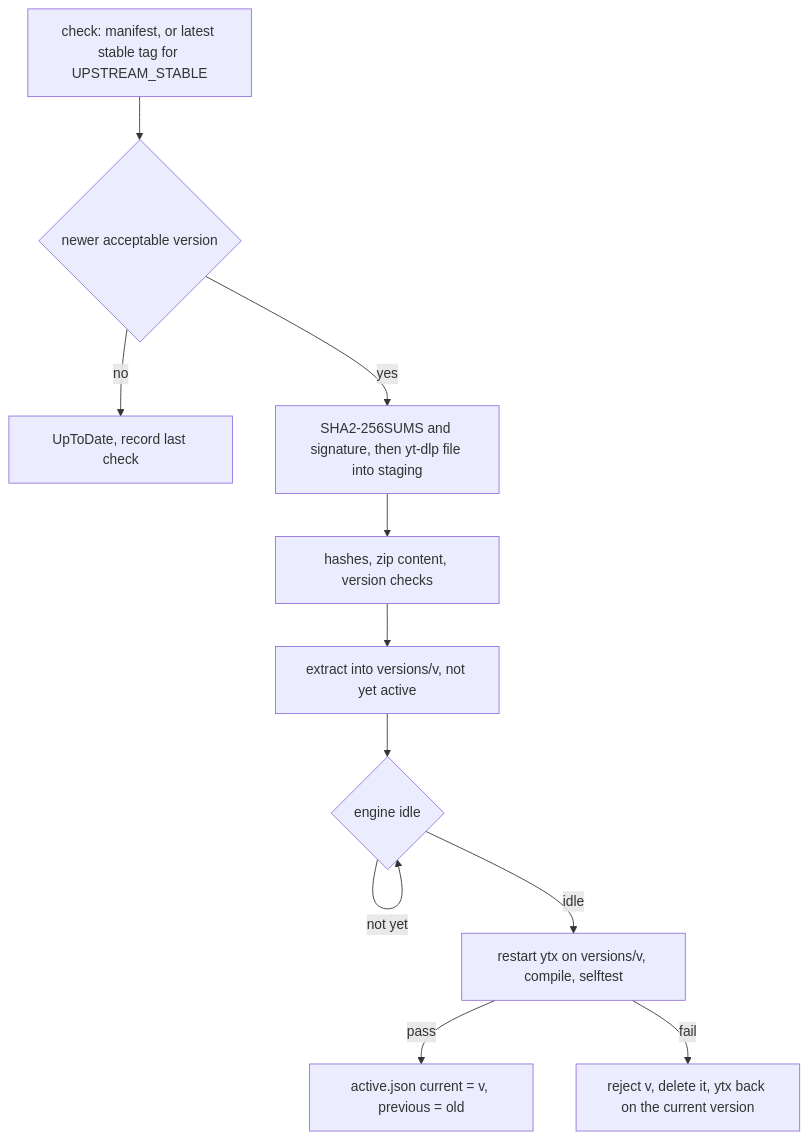
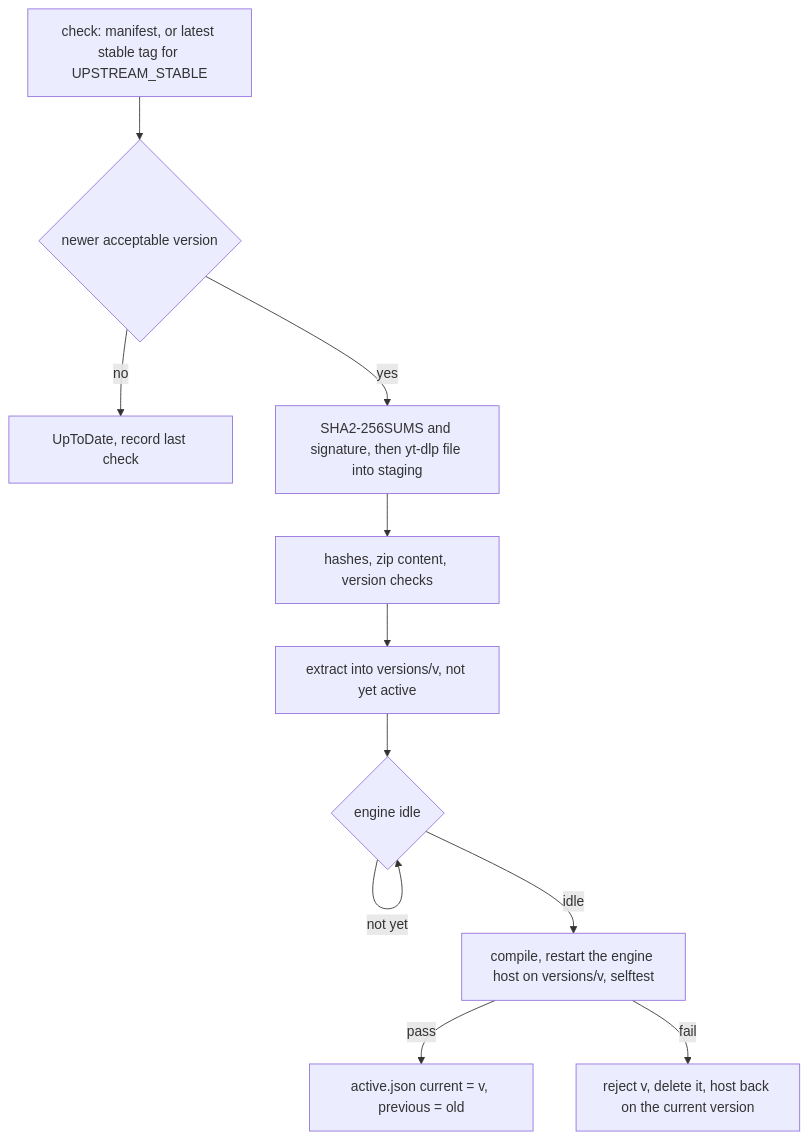
One commit to BigBoyDevBox/Neutrodyne changed the eighth of 8 diagrams in docs/design/04-youtube.md. Above: the diagram before and after it, drawn with Mermaid. The commit also changed other lines of this file and 1 other file, not shown here.

````diff
--- a/docs/design/04-youtube.md
+++ b/docs/design/04-youtube.md
@@ -1315,13 +1414,13 @@
 ```mermaid
 flowchart TD
   A["check: manifest, or latest stable tag for UPSTREAM_STABLE"] --> B{"newer acceptable version"}
   B -->|"no"| Z["UpToDate, record last check"]
   B -->|"yes"| C["SHA2-256SUMS and signature, then yt-dlp file into staging"]
   C --> D["hashes, zip content, version checks"]
   D --> E["extract into versions/v, not yet active"]
   E --> F{"engine idle"}
   F -->|"not yet"| F
-  F -->|"idle"| G["restart ytx on versions/v, compile, selftest"]
+  F -->|"idle"| G["compile, restart the engine host on versions/v, selftest"]
   G -->|"pass"| H["active.json current = v, previous = old"]
-  G -->|"fail"| R["reject v, delete it, ytx back on the current version"]
+  G -->|"fail"| R["reject v, delete it, host back on the current version"]
 ```
````
